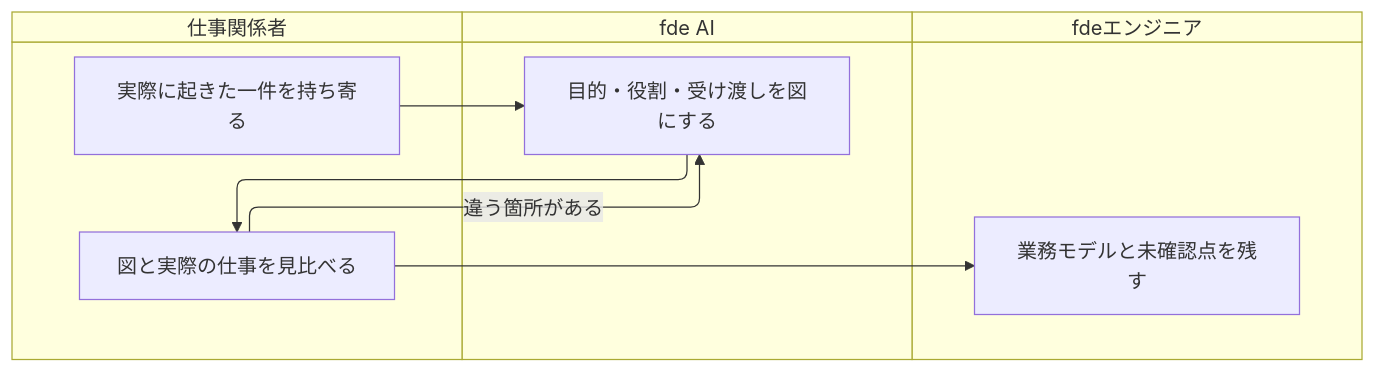
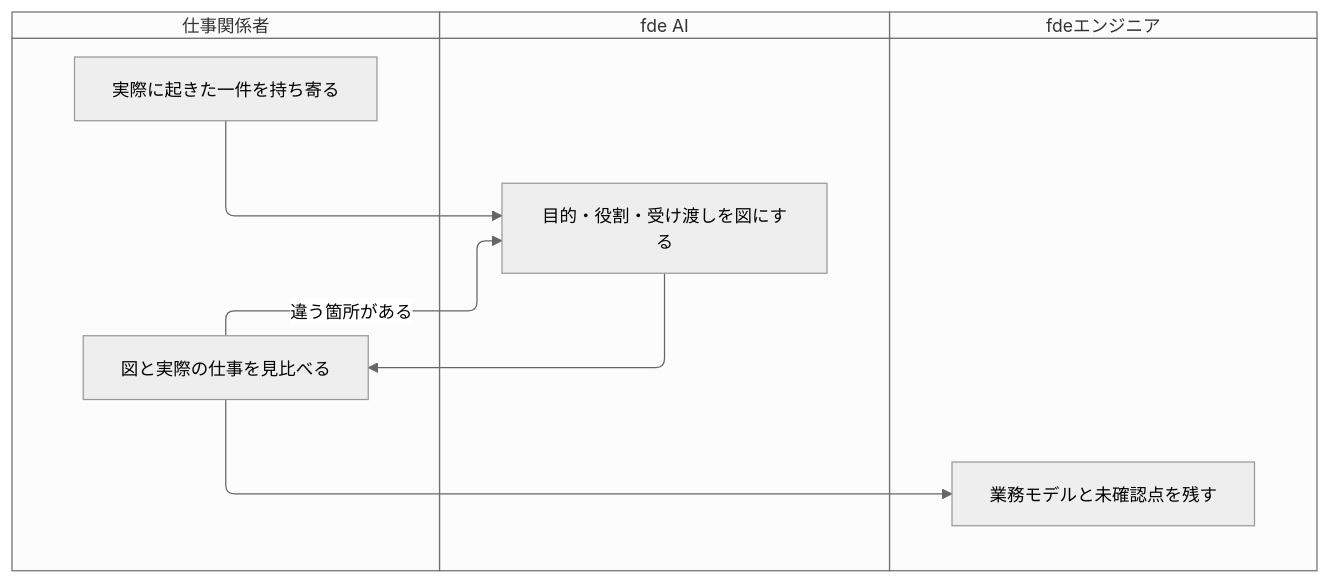
One commit to maakbo/fde changed the second of 2 diagrams in experiments/fde-product-pivot/visualization/work/understand/README.md. Above: the diagram before and after it, drawn with Mermaid. The commit also changed other lines of this file and 5 other files, not shown here.

````diff
--- a/experiments/fde-product-pivot/visualization/work/understand/README.md
+++ b/experiments/fde-product-pivot/visualization/work/understand/README.md
@@ -58,16 +64,28 @@
 ```mermaid
+---
+config:
+  theme: neutral
+  swimlane:
+    ignoreCrossLaneEdges: false
+    optimizeRanksByCrossings: false
+  themeVariables:
+    fontFamily: "Inter, Hiragino Sans, sans-serif"
+    fontSize: "14px"
+---
 swimlane-beta TB
+  accTitle: 一件の仕事を図にする
+  accDescr: 仕事関係者が事例を持ち寄り、fde AIが図にし、仕事関係者が実態と比較します。違う箇所は図へ戻り、fdeエンジニアが業務モデルと未確認点を残します。
   %% 手順は上から下。誰が判断し、どこで情報を受け渡すかを示す。
   subgraph people [仕事関係者]
     bring["実際に起きた一件を持ち寄る"]
     compare["図と実際の仕事を見比べる"]
   end
   subgraph ai [fde AI]
     draw["目的・役割・受け渡しを図にする"]
   end
   subgraph engineer [fdeエンジニア]
     save["業務モデルと未確認点を残す"]
   end
   bring --> draw --> compare --> save
   compare -->|違う箇所がある| draw
 ```
````
